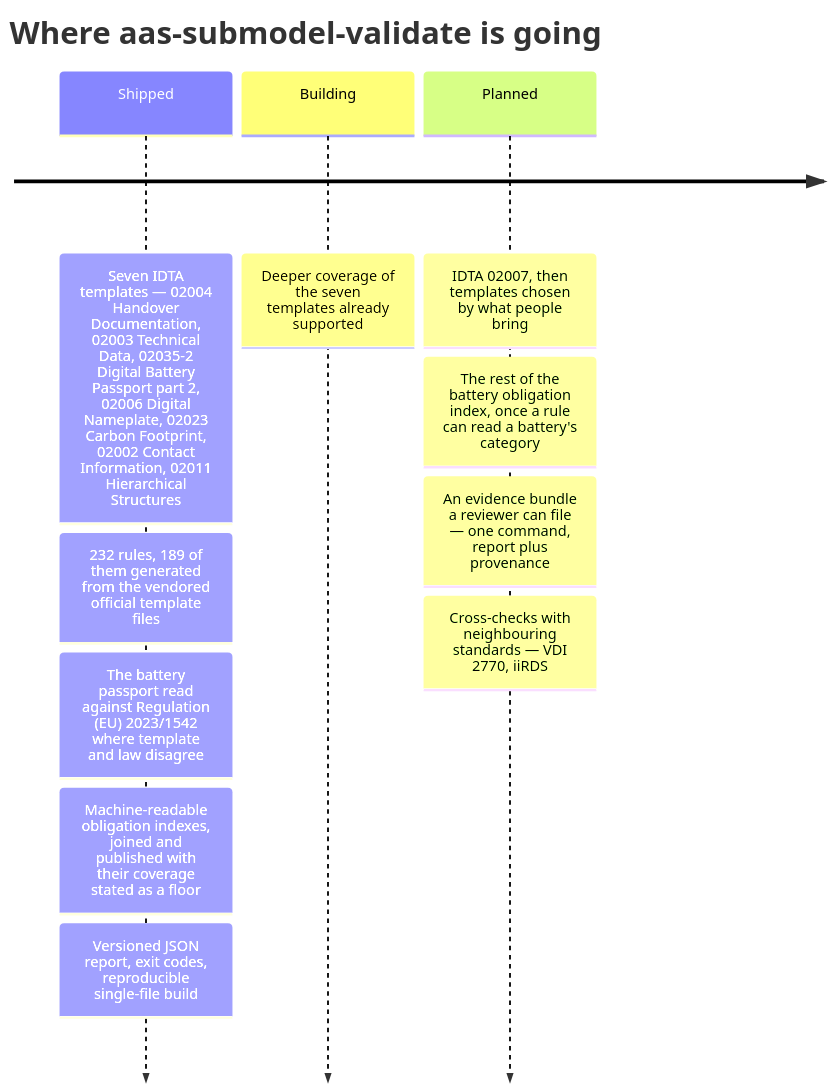
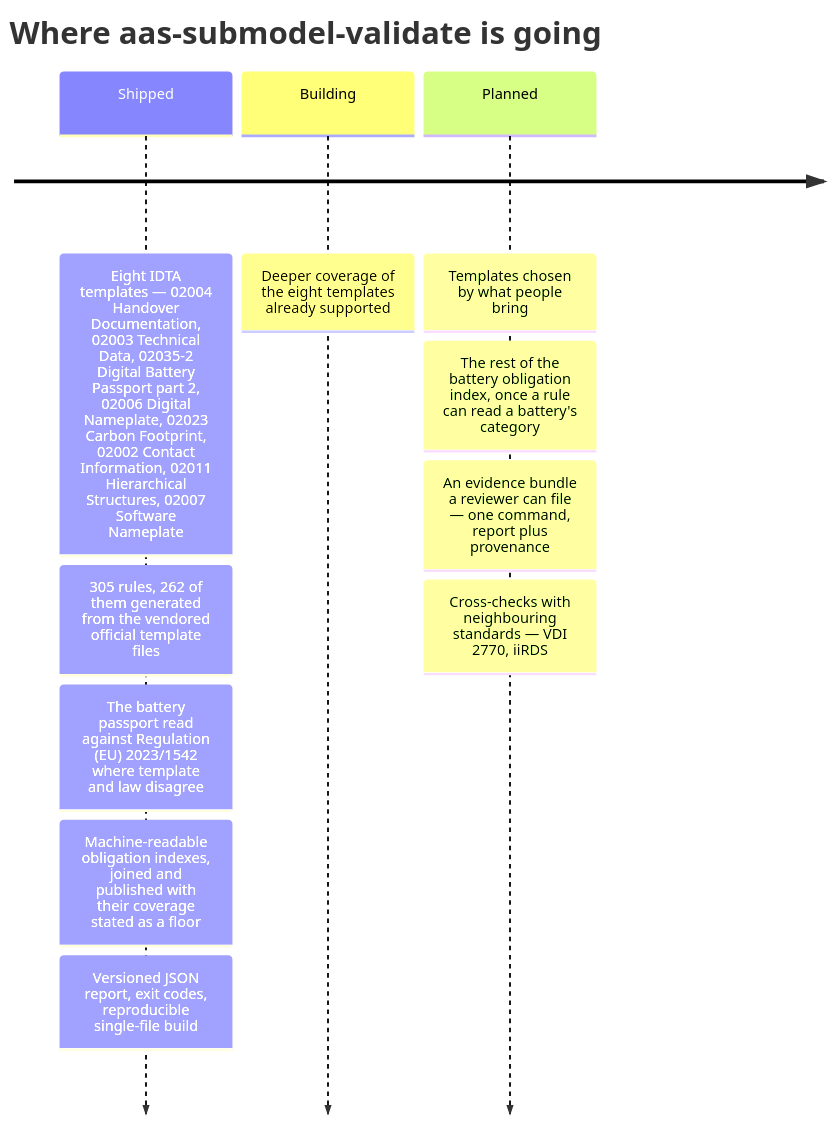
Before and after one commit to dev365code/aas-submodel-validate: the second of 2 diagrams in README.md, drawn with Mermaid. The commit also changed other lines of this file and 30 other files, not shown here.

````diff
--- a/README.md
+++ b/README.md
@@ -276,14 +276,14 @@
 ```mermaid
 timeline
     title Where aas-submodel-validate is going
-    Shipped : Seven IDTA templates — 02004 Handover Documentation, 02003 Technical Data, 02035-2 Digital Battery Passport part 2, 02006 Digital Nameplate, 02023 Carbon Footprint, 02002 Contact Information, 02011 Hierarchical Structures
-            : 232 rules, 189 of them generated from the vendored official template files
+    Shipped : Eight IDTA templates — 02004 Handover Documentation, 02003 Technical Data, 02035-2 Digital Battery Passport part 2, 02006 Digital Nameplate, 02023 Carbon Footprint, 02002 Contact Information, 02011 Hierarchical Structures, 02007 Software Nameplate
+            : 305 rules, 262 of them generated from the vendored official template files
             : The battery passport read against Regulation (EU) 2023/1542 where template and law disagree
             : Machine-readable obligation indexes, joined and published with their coverage stated as a floor
             : Versioned JSON report, exit codes, reproducible single-file build
-    Building : Deeper coverage of the seven templates already supported
-    Planned : IDTA 02007, then templates chosen by what people bring
+    Building : Deeper coverage of the eight templates already supported
+    Planned : Templates chosen by what people bring
             : The rest of the battery obligation index, once a rule can read a battery's category
             : An evidence bundle a reviewer can file — one command, report plus provenance
             : Cross-checks with neighbouring standards — VDI 2770, iiRDS
 ```
````
